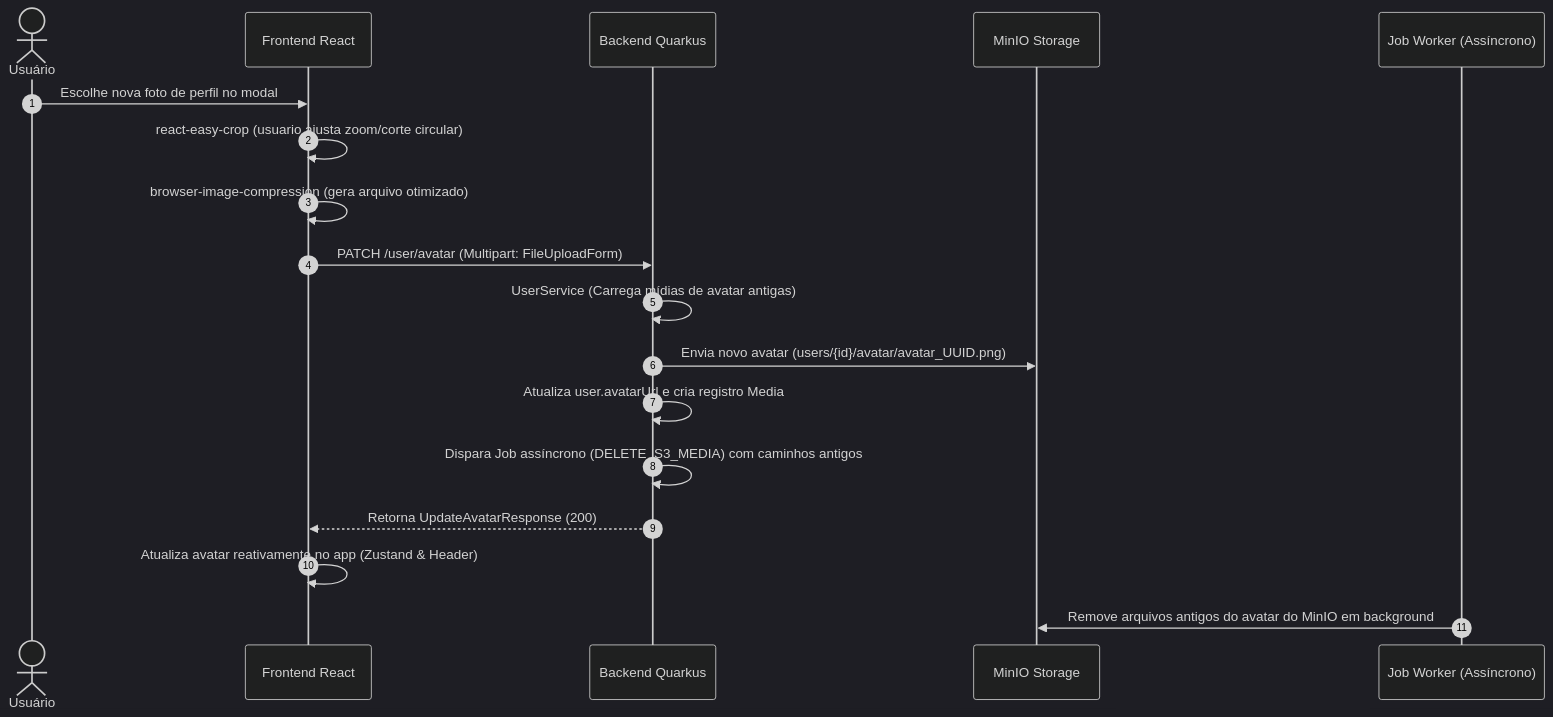
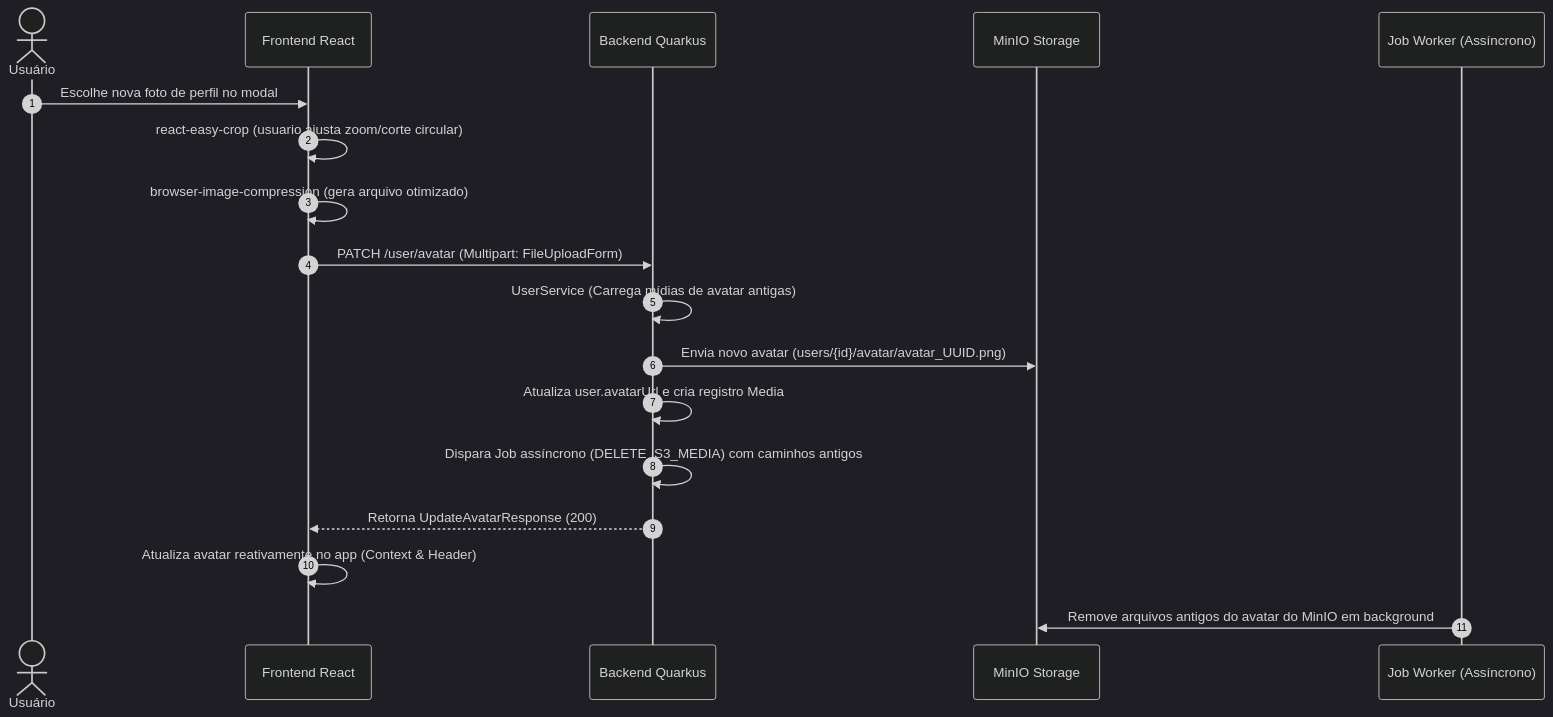
One commit to erickramosxp/Transcendence changed the diagram in docs/user_profile.md. Above: the diagram before and after it, drawn with Mermaid (dark theme). The commit also changed other lines of this file and 5 other files, not shown here.

````diff
--- a/docs/user_profile.md
+++ b/docs/user_profile.md
@@ -9,21 +9,21 @@
 ```mermaid
 sequenceDiagram
     autonumber
     actor User as Usuário
     participant FE as Frontend React
     participant BE as Backend Quarkus
     participant MinIO as MinIO Storage
     participant Job as Job Worker (Assíncrono)
 
     User->>FE: Escolhe nova foto de perfil no modal
     FE->>FE: react-easy-crop (usuario ajusta zoom/corte circular)
     FE->>FE: browser-image-compression (gera arquivo otimizado)
     FE->>BE: PATCH /user/avatar (Multipart: FileUploadForm)
     BE->>BE: UserService (Carrega mídias de avatar antigas)
     BE->>MinIO: Envia novo avatar (users/{id}/avatar/avatar_UUID.png)
     BE->>BE: Atualiza user.avatarUrl e cria registro Media
     BE->>BE: Dispara Job assíncrono (DELETE_S3_MEDIA) com caminhos antigos
     BE-->>FE: Retorna UpdateAvatarResponse (200)
-    FE->>FE: Atualiza avatar reativamente no app (Zustand & Header)
+    FE->>FE: Atualiza avatar reativamente no app (Context & Header)
     Job->>MinIO: Remove arquivos antigos do avatar do MinIO em background
 ```
````
